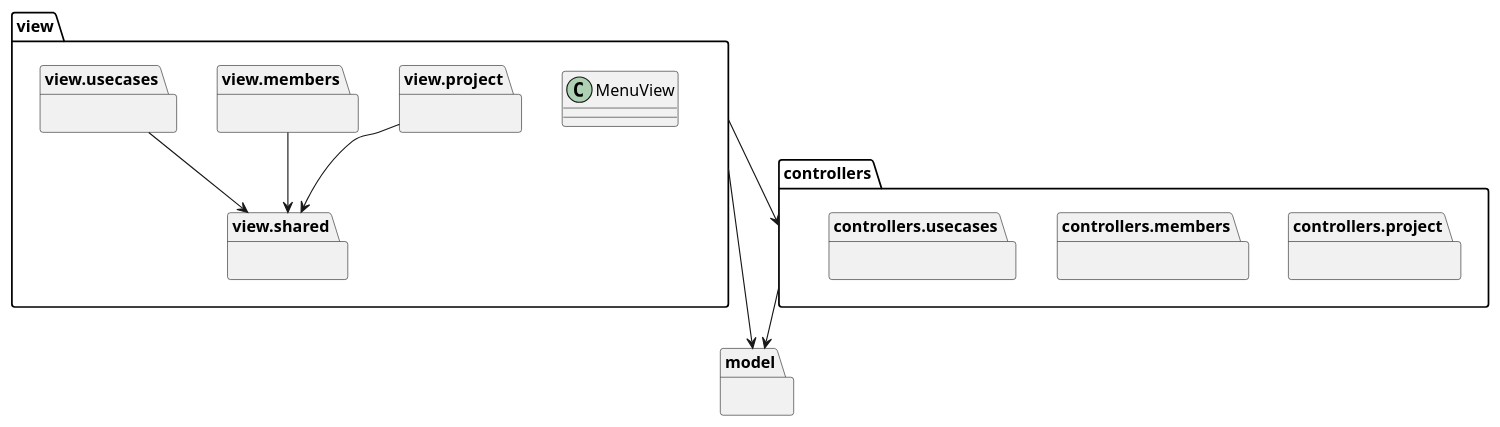
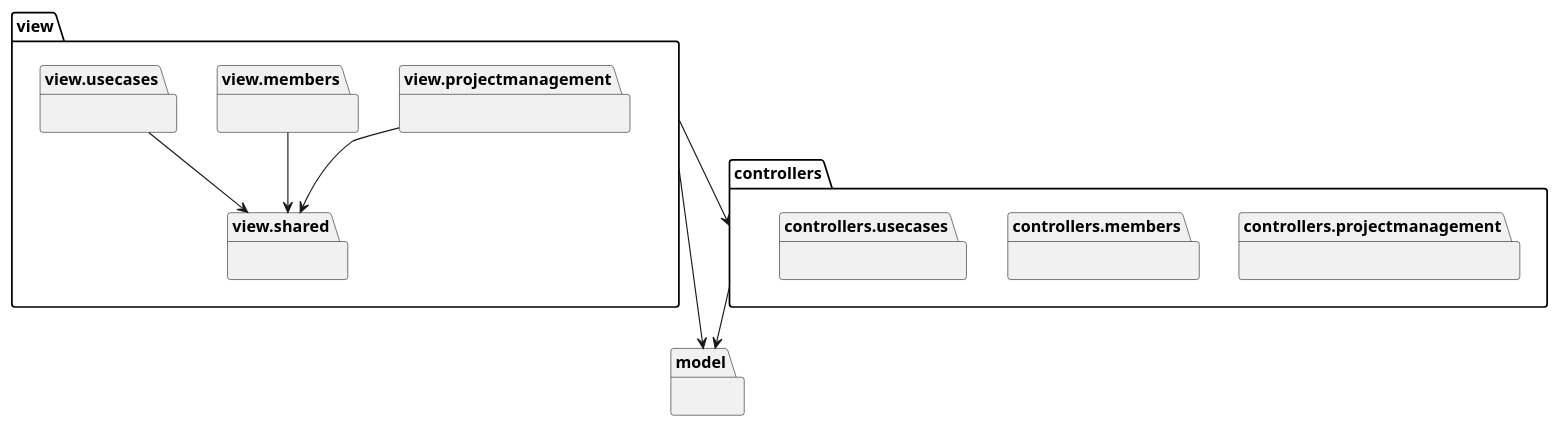
One commit to rup-projects/rup-projects changed the diagram in documentation/analysisview/PackageDiagram.puml. Above: the diagram before and after it, drawn with PlantUML. The commit also changed 26 other files, not shown here.

```diff
--- a/documentation/analysisview/PackageDiagram.puml
+++ b/documentation/analysisview/PackageDiagram.puml
@@ -1,32 +1,31 @@
 @startuml
 
 namespace model {
 
 }
 
 namespace view {
-    class MenuView
 
-    namespace project {}
+    namespace projectmanagement {}
     namespace members {}
     namespace usecases {}
     
     namespace shared {}
     
-    view.project --> view.shared
+    view.projectmanagement --> view.shared
     view.members --> view.shared
     view.usecases --> view.shared
     
 }
 
 namespace controllers {
-    namespace project {}
+    namespace projectmanagement {}
     namespace members {}
     namespace usecases {}
 }
 
 view --> model
 view --> controllers
 controllers --> model
 
 @enduml
```
